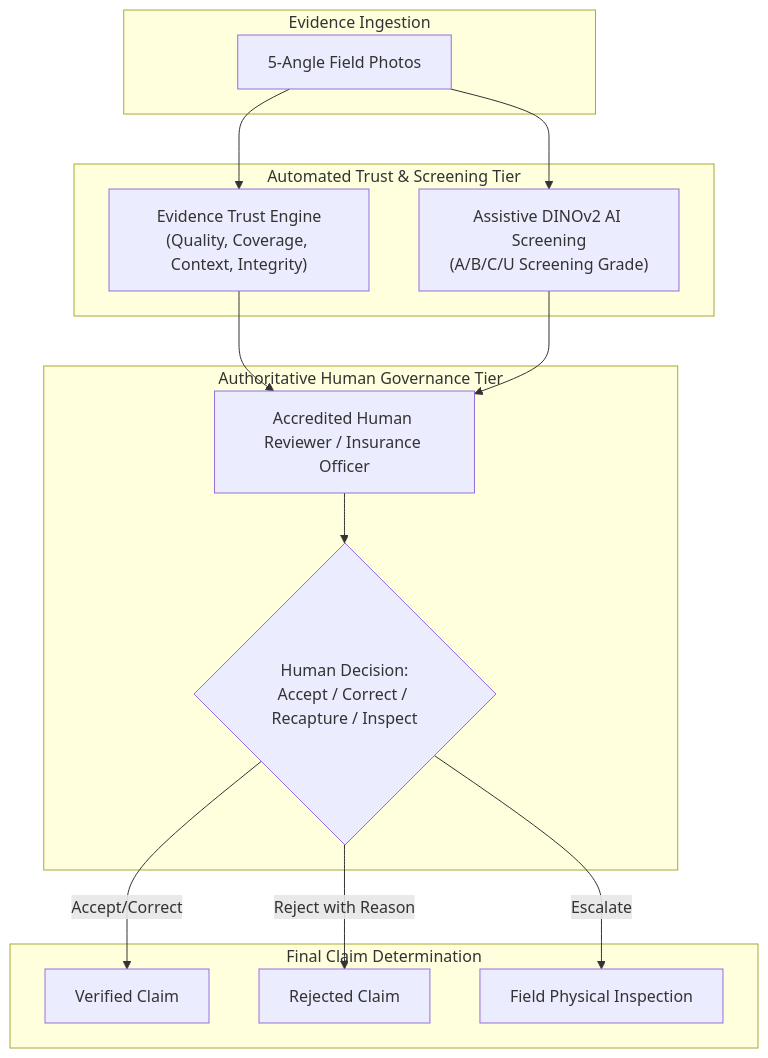
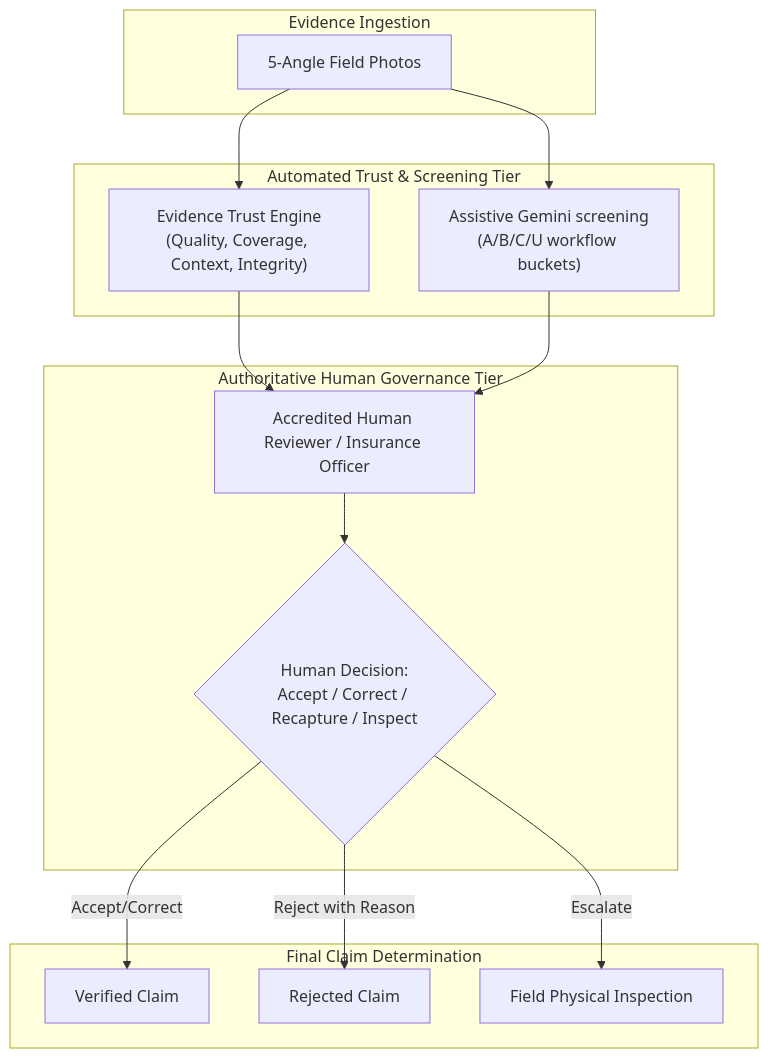
Before and after one commit to dhrrishitvdeka/Fasal-Pramaan: the diagram in docs/governance-and-safety.md, drawn with Mermaid. The commit also changed other lines of this file and 62 other files, not shown here.

````diff
--- a/docs/governance-and-safety.md
+++ b/docs/governance-and-safety.md
@@ -9,31 +9,31 @@
 ```mermaid
 flowchart TD
   subgraph Capture["Evidence Ingestion"]
     RawPhotos["5-Angle Field Photos"]
   end
 
   subgraph Processing["Automated Trust & Screening Tier"]
     TrustEngine["Evidence Trust Engine\n(Quality, Coverage, Context, Integrity)"]
-    Model["Assistive DINOv2 AI Screening\n(A/B/C/U Screening Grade)"]
+    Model["Assistive Gemini screening\n(A/B/C/U workflow buckets)"]
   end
 
   subgraph HumanGovernance["Authoritative Human Governance Tier"]
     Reviewer["Accredited Human Reviewer / Insurance Officer"]
     Adjudicate{"Human Decision:\nAccept / Correct / Recapture / Inspect"}
   end
 
   subgraph Outcome["Final Claim Determination"]
     Verified["Verified Claim"]
     Rejected["Rejected Claim"]
     Inspection["Field Physical Inspection"]
   end
 
   RawPhotos --> TrustEngine
   RawPhotos --> Model
   TrustEngine --> Reviewer
   Model --> Reviewer
   Reviewer --> Adjudicate
   Adjudicate -->|"Accept/Correct"| Verified
   Adjudicate -->|"Reject with Reason"| Rejected
   Adjudicate -->|"Escalate"| Inspection
 ```
````
